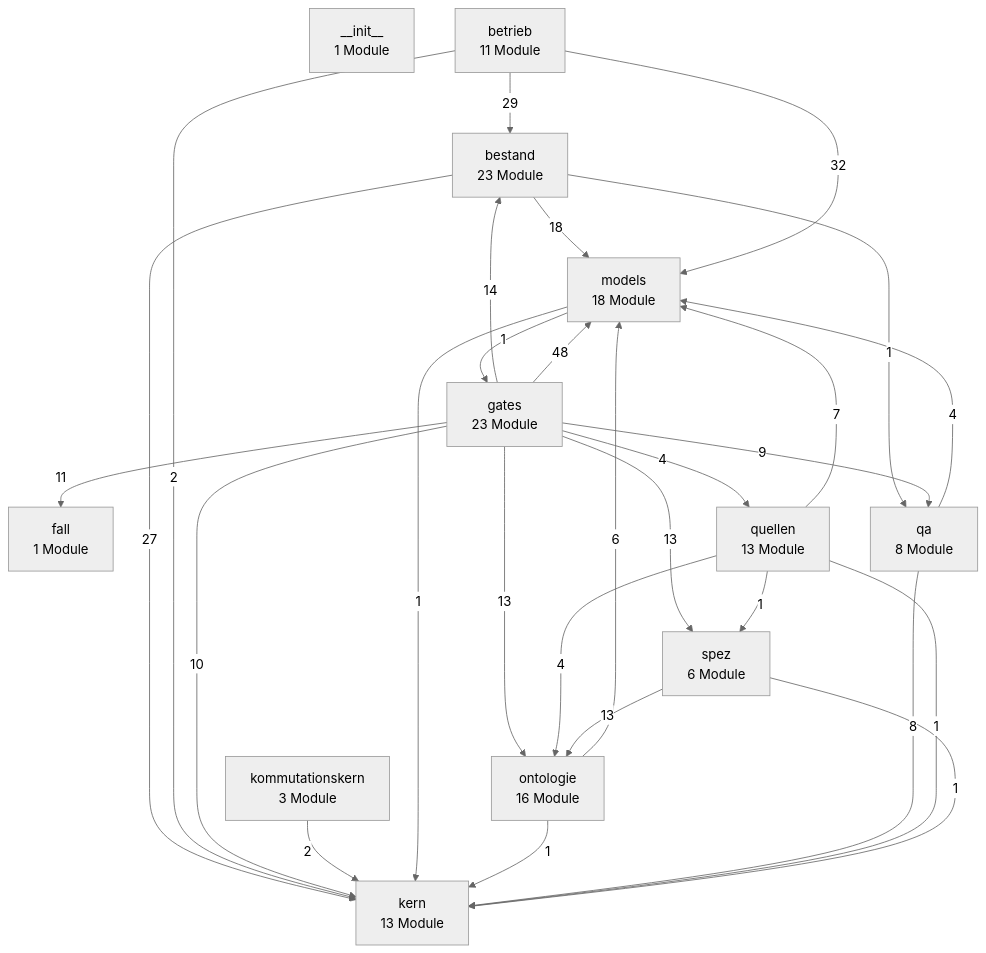
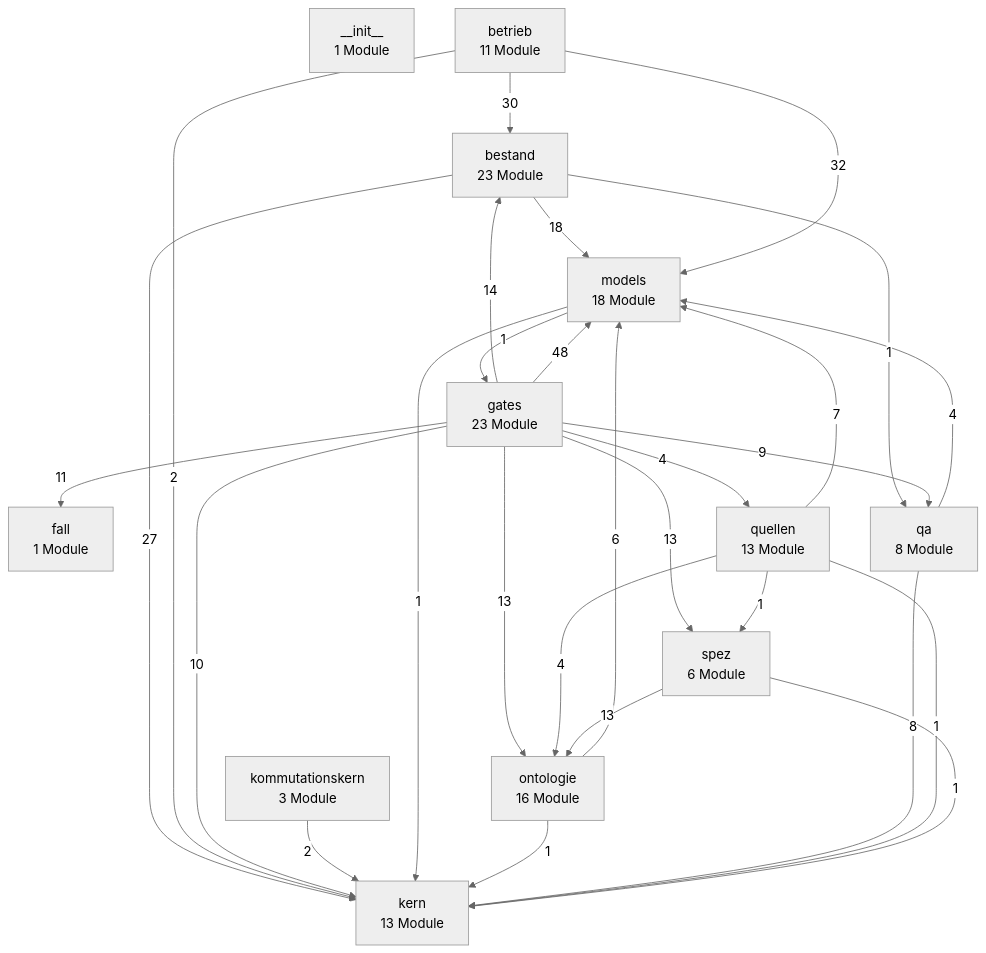
The first of 3 diagrams in docs/architektur/landkarte.md (bartlmac/rechner-pipeline), drawn with Mermaid (neutral theme) before and after one commit. The commit also changed 9 other files, not shown here.

````diff
--- a/docs/architektur/landkarte.md
+++ b/docs/architektur/landkarte.md
@@ -27,43 +27,43 @@
 ```mermaid
 %% Schichten — erzeugt von ontologie.landkarte
 flowchart TD
     n__init__["__init__<br/>1 Module"]
     bestand["bestand<br/>23 Module"]
     betrieb["betrieb<br/>11 Module"]
     fall["fall<br/>1 Module"]
     gates["gates<br/>23 Module"]
     kern["kern<br/>13 Module"]
     kommutationskern["kommutationskern<br/>3 Module"]
     models["models<br/>18 Module"]
     ontologie["ontologie<br/>16 Module"]
     qa["qa<br/>8 Module"]
     quellen["quellen<br/>13 Module"]
     spez["spez<br/>6 Module"]
     bestand -- 27 --> kern
     bestand -- 18 --> models
     bestand -- 1 --> qa
-    betrieb -- 29 --> bestand
+    betrieb -- 30 --> bestand
     betrieb -- 2 --> kern
     betrieb -- 32 --> models
     gates -- 14 --> bestand
     gates -- 11 --> fall
     gates -- 10 --> kern
     gates -- 48 --> models
     gates -- 13 --> ontologie
     gates -- 9 --> qa
     gates -- 4 --> quellen
     gates -- 13 --> spez
     kommutationskern -- 2 --> kern
     models -- 1 --> gates
     models -- 1 --> kern
     ontologie -- 1 --> kern
     ontologie -- 6 --> models
     qa -- 8 --> kern
     qa -- 4 --> models
     quellen -- 1 --> kern
     quellen -- 7 --> models
     quellen -- 4 --> ontologie
     quellen -- 1 --> spez
     spez -- 1 --> kern
     spez -- 13 --> ontologie
 ```
````
